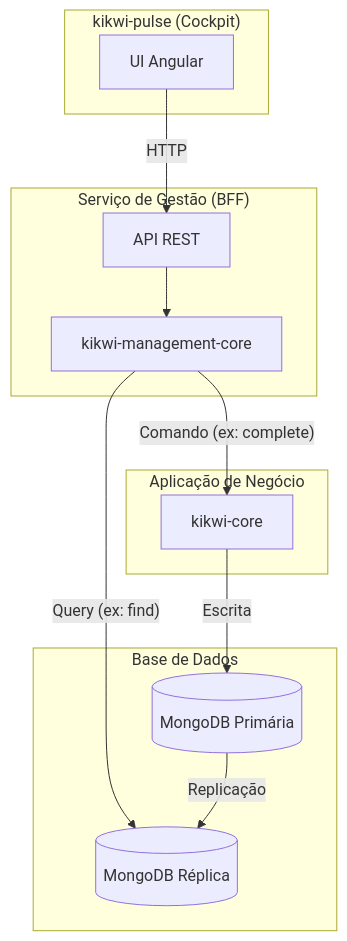
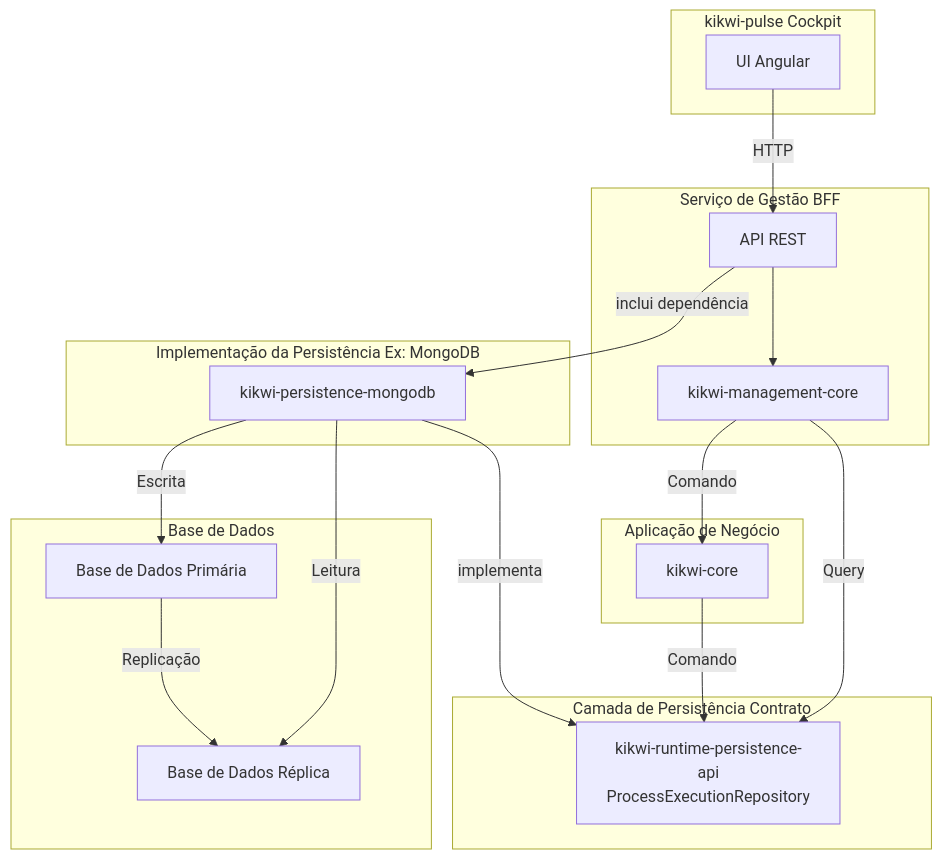
The diagram in docs/CQRS-dependency.mmd (atoxfy/kikwiflow), drawn with Mermaid before and after one commit. The commit also changed 4 other files, not shown here.

First line of the commit message:
poc/linear-flow01: Refactoring

```diff
--- a/docs/CQRS-dependency.mmd
+++ b/docs/CQRS-dependency.mmd
@@ -1,29 +1,42 @@
 graph TD
-    subgraph "kikwi-pulse (Cockpit)"
+    subgraph "kikwi-pulse Cockpit"
         UI[UI Angular]
     end
 
-    subgraph "Serviço de Gestão (BFF)"
+    subgraph "Serviço de Gestão BFF"
         BFF[API REST]
         MgmtCore[kikwi-management-core]
     end
 
     subgraph "Aplicação de Negócio"
         Engine[kikwi-core]
     end
 
-    subgraph "Base de Dados"
-        DB_Primary[(MongoDB Primária)]
-        DB_Replica[(MongoDB Réplica)]
-    end
+subgraph "Camada de Persistência Contrato"
+PersistenceAPI[kikwi-runtime-persistence-api<br>ProcessExecutionRepository]
+end
 
-    UI -- HTTP --> BFF
+subgraph "Implementação da Persistência Ex: MongoDB"
+PersistenceImpl[kikwi-persistence-mongodb]
+end
 
-    BFF --> MgmtCore
+subgraph "Base de Dados"
+DB_Primary[Base de Dados Primária]
+DB_Replica[Base de Dados Réplica]
+end
 
-    MgmtCore -- Comando (ex: complete) --> Engine
-MgmtCore -- Query (ex: find) --> DB_Replica
+UI -- HTTP --> BFF
+BFF --> MgmtCore
 
-Engine -- Escrita --> DB_Primary
+MgmtCore -- Comando --> Engine
+MgmtCore -- Query --> PersistenceAPI
+
+Engine -- Comando --> PersistenceAPI
+
+BFF -- inclui dependência --> PersistenceImpl
+PersistenceImpl -- implementa --> PersistenceAPI
+
+PersistenceImpl -- Escrita --> DB_Primary
+PersistenceImpl -- Leitura --> DB_Replica
 
 DB_Primary -- Replicação --> DB_Replica
```
